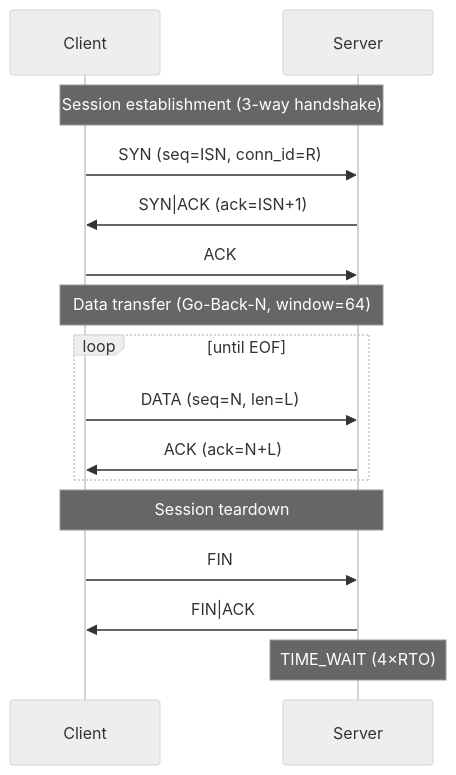
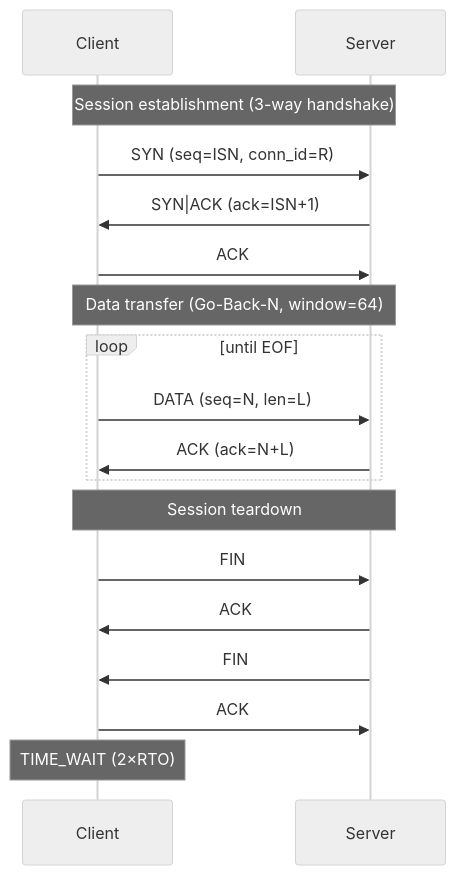
The third of 5 diagrams in README.md (MatejSK8/reliable_udp_protocol), drawn with Mermaid (neutral theme) before and after one commit. The commit also changed other lines of this file and 4 other files, not shown here.

````diff
--- a/README.md
+++ b/README.md
@@ -187,21 +195,23 @@
 ```mermaid
 sequenceDiagram
     participant C as Client
     participant S as Server
 
     note over C,S: Session establishment (3-way handshake)
     C->>S: SYN  (seq=ISN, conn_id=R)
     S->>C: SYN|ACK  (ack=ISN+1)
     C->>S: ACK
 
     note over C,S: Data transfer (Go-Back-N, window=64)
     loop until EOF
         C->>S: DATA  (seq=N, len=L)
         S->>C: ACK   (ack=N+L)
     end
 
     note over C,S: Session teardown
     C->>S: FIN
-    S->>C: FIN|ACK
-    note over S: TIME_WAIT (4×RTO)
+    S->>C: ACK
+    S->>C: FIN
+    C->>S: ACK
+    note over C: TIME_WAIT (2×RTO)
 ```
````
